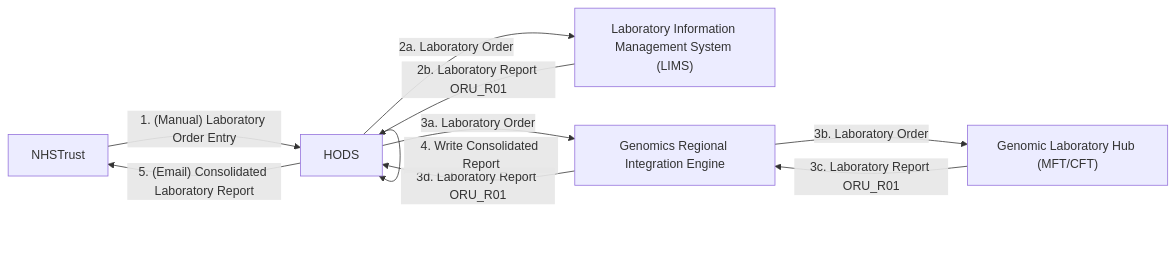
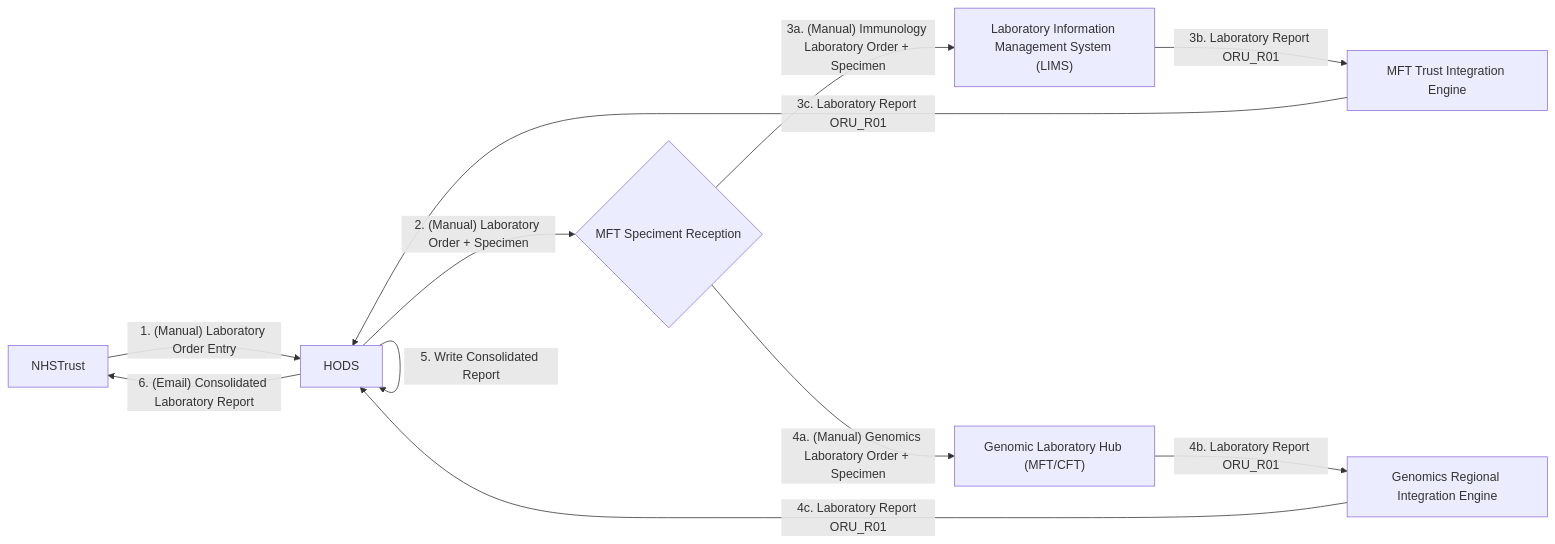
Before and after one commit to uk-gov-mirror/nw-gmsa.nw-gmsa.github.com: the diagram in input/pagecontent/hods.md, drawn with Mermaid. The commit also changed other lines of this file and 1 other file, not shown here.

Commit message:
hods notes

````diff
--- a/input/pagecontent/hods.md
+++ b/input/pagecontent/hods.md
@@ -5,12 +5,14 @@
 ```mermaid
 graph LR
     NHSTrust --> |"1. (Manual) Laboratory Order Entry"| HODS
-    HODS --> |2a. Laboratory Order| LIMS["Laboratory Information Management System (LIMS)"]
-    HODS --> |3a. Laboratory Order| RIE["Genomics Regional Integration Engine"] 
-    RIE --> |3b. Laboratory Order| GLH["Genomic Laboratory Hub (MFT/CFT)"]
-    LIMS --> |2b. Laboratory Report ORU_R01| HODS
-    GLH --> |3c. Laboratory Report ORU_R01| RIE 
-    RIE --> |3d. Laboratory Report ORU_R01| HODS
-    HODS --> |4. Write Consolidated Report| HODS
-    HODS --> |"5. (Email) Consolidated Laboratory Report"| NHSTrust
+    HODS --> |"2. (Manual) Laboratory Order + Specimen"| MFTReception{MFT Speciment Reception}
+    MFTReception --> |"3a. (Manual) Immunology Laboratory Order + Specimen"| LIMS["Laboratory Information Management System (LIMS)"]
+   
+    LIMS --> |3b. Laboratory Report ORU_R01| TIE[MFT Trust Integration Engine]
+    TIE --> |3c. Laboratory Report ORU_R01| HODS
+    MFTReception --> |"4a. (Manual) Genomics Laboratory Order + Specimen"| GLH["Genomic Laboratory Hub (MFT/CFT)"]
+    GLH --> |4b. Laboratory Report ORU_R01| RIE 
+    RIE["Genomics Regional Integration Engine"] --> |4c. Laboratory Report ORU_R01| HODS
+    HODS --> |5. Write Consolidated Report| HODS
+    HODS --> |"6. (Email) Consolidated Laboratory Report"| NHSTrust
 ```
````
